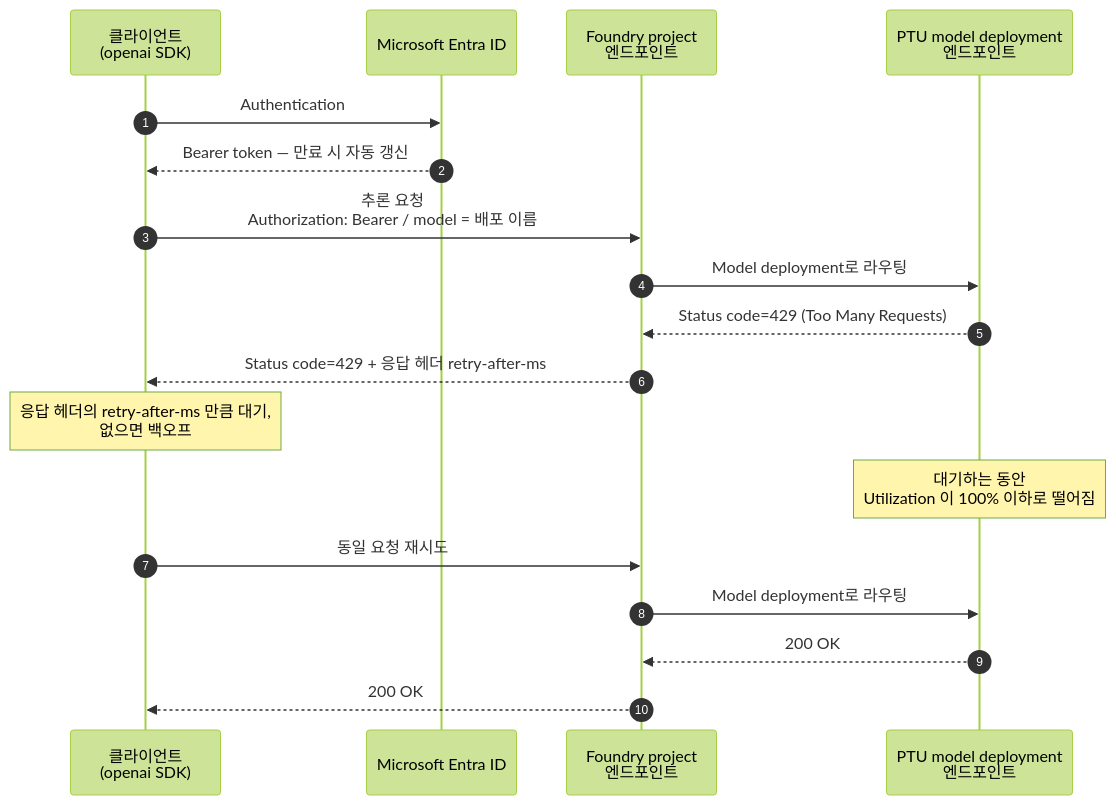
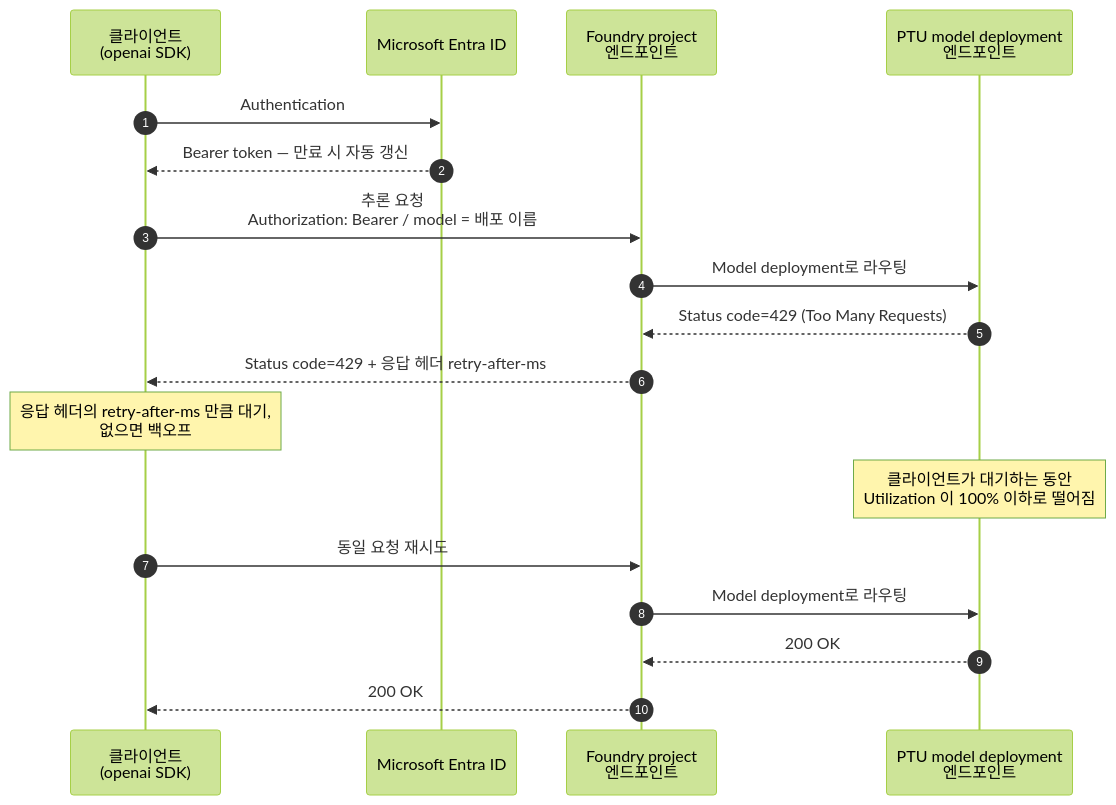
The third of 6 diagrams in README.md (ivorycloud1013/lab-azure-guide-foundry-ptu), drawn with Mermaid (forest theme) before and after one commit. The commit also changed other lines of this file and 2 other files, not shown here.

````diff
--- a/README.md
+++ b/README.md
@@ -274,21 +274,21 @@
 ```mermaid
 sequenceDiagram
     autonumber
     participant Client as 클라이언트<br/>(openai SDK)
     participant Entra as Microsoft Entra ID
     participant EP as Foundry project<br/>엔드포인트
     participant Deployment as PTU model deployment<br/>엔드포인트
 
     Client->>Entra: Authentication
     Entra-->>Client: Bearer token — 만료 시 자동 갱신
     Client->>EP: 추론 요청<br/>Authorization: Bearer / model = 배포 이름
     EP->>Deployment: Model deployment로 라우팅
     Deployment-->>EP: Status code=429 (Too Many Requests)
     EP-->>Client: Status code=429 + 응답 헤더 retry-after-ms
     Note over Client: 응답 헤더의 retry-after-ms 만큼 대기,<br/>없으면 백오프
-    Note over Deployment: 대기하는 동안<br/>Utilization 이 100% 이하로 떨어짐
+    Note over Deployment: 클라이언트가 대기하는 동안<br/>Utilization 이 100% 이하로 떨어짐
     Client->>EP: 동일 요청 재시도
     EP->>Deployment: Model deployment로 라우팅
     Deployment-->>EP: 200 OK
     EP-->>Client: 200 OK
 ```
````
